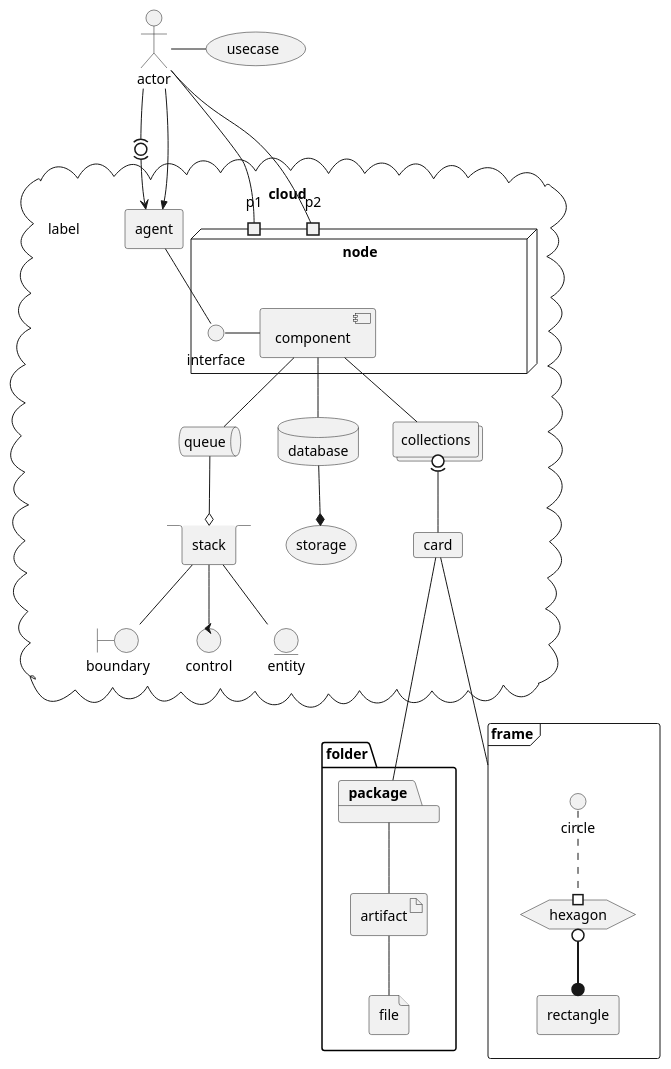
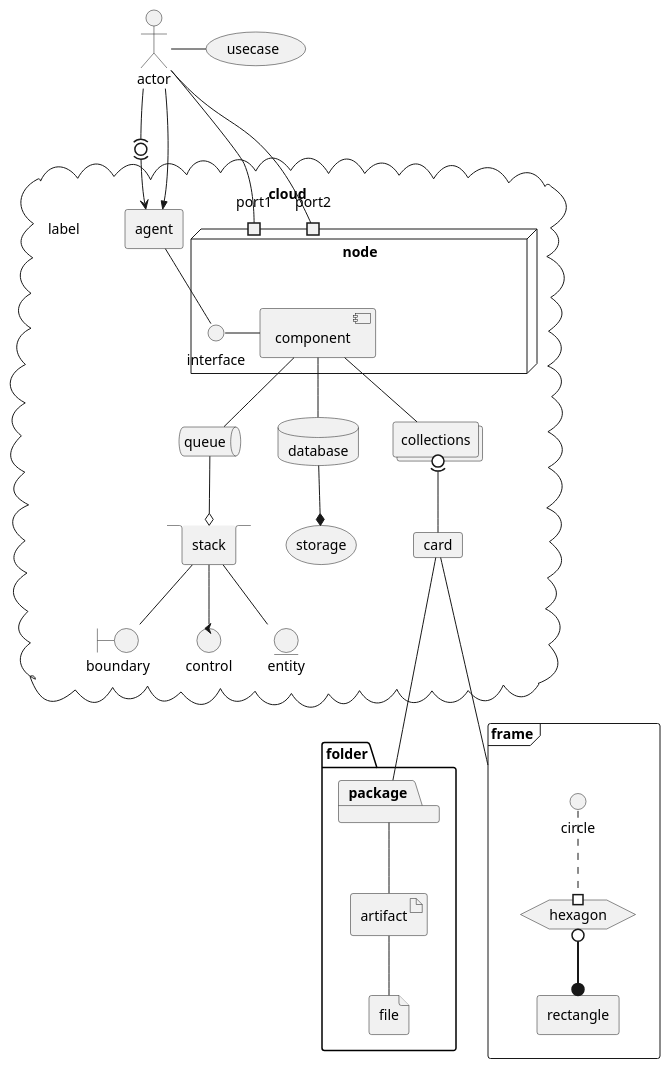
The diagram in docs/modules/visual_style/examples/puml/deployment.puml (rolfkleef/drostan-styleguide), drawn with PlantUML before and after one commit. The commit also changed 7 other files, not shown here.

First line of the commit message:
improvement!: reorganise PlantUML styling

```diff
--- a/docs/modules/visual_style/examples/puml/deployment.puml
+++ b/docs/modules/visual_style/examples/puml/deployment.puml
@@ -1,64 +1,65 @@
 @startuml
 actor actor
 usecase usecase
 actor - usecase
 
 cloud cloud {
     agent agent
     boundary boundary
     card card
     collections collections
     control control
     database database
     entity entity
     label label
     node node {
-        port p1
-        port p2
+        port port1
+        port port2
+
         component component
         interface interface
         component - interface
     }
     queue queue
     stack stack
     storage storage
 
     stack -- boundary
     stack -- control
     stack -- entity
 
     component -- database
     database --* storage
     component -- queue
     queue --o stack
     component -- collections
     collections 0)-- card
 }
 
 actor --(0)-> agent
 actor --->> agent
-actor -- p1
-actor -- p2
+actor -- port1
+actor -- port2
 agent -- interface
 
 folder folder {
     package package
     artifact artifact
     file file
     package -- artifact
     artifact -- file
 }
 
 card --- package
 
 frame frame {
     circle circle
     hexagon hexagon
     rectangle rectangle
     hexagon 0==@ rectangle
     circle ..# hexagon
 }
 
 card --- frame
 
 @enduml
```
